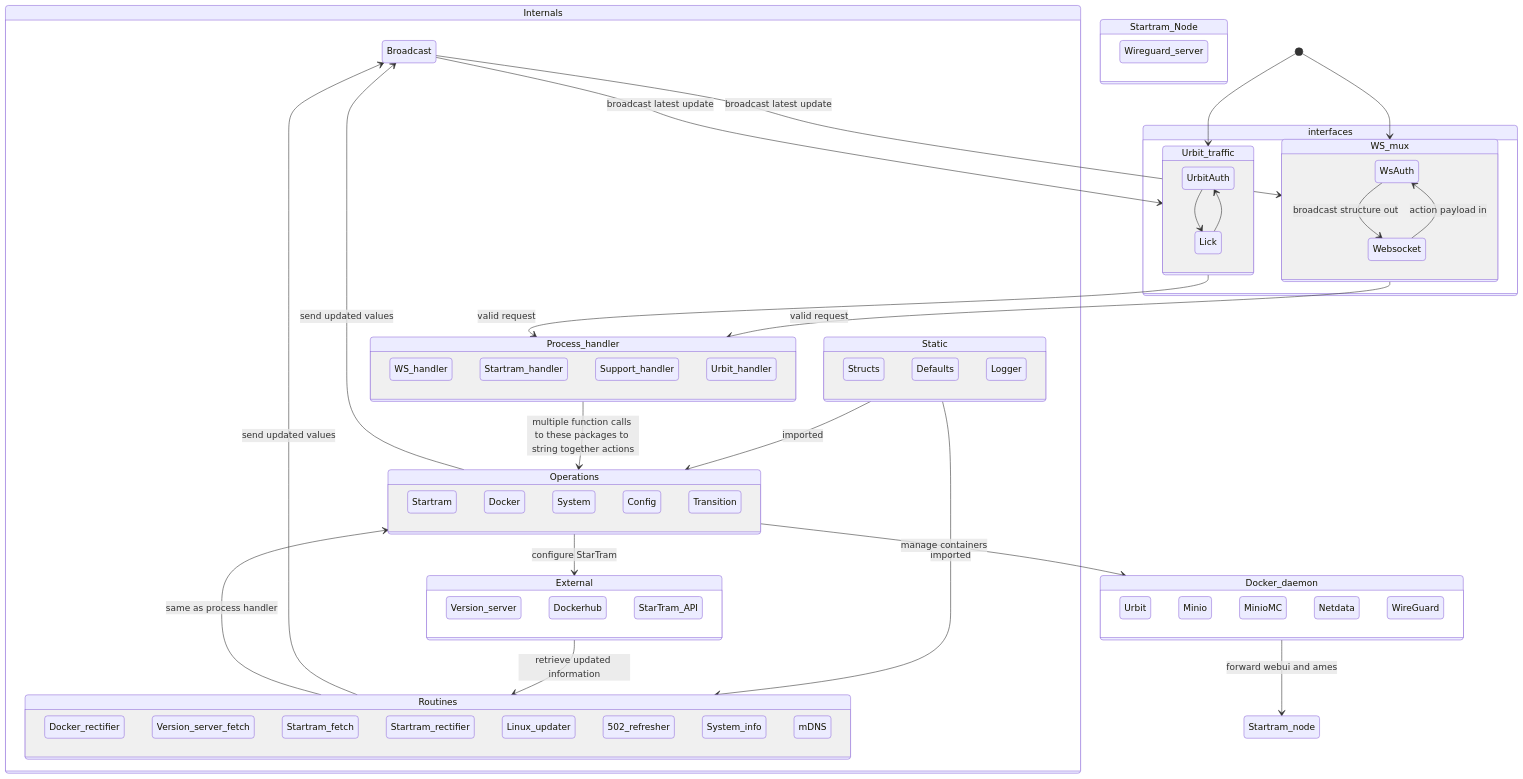
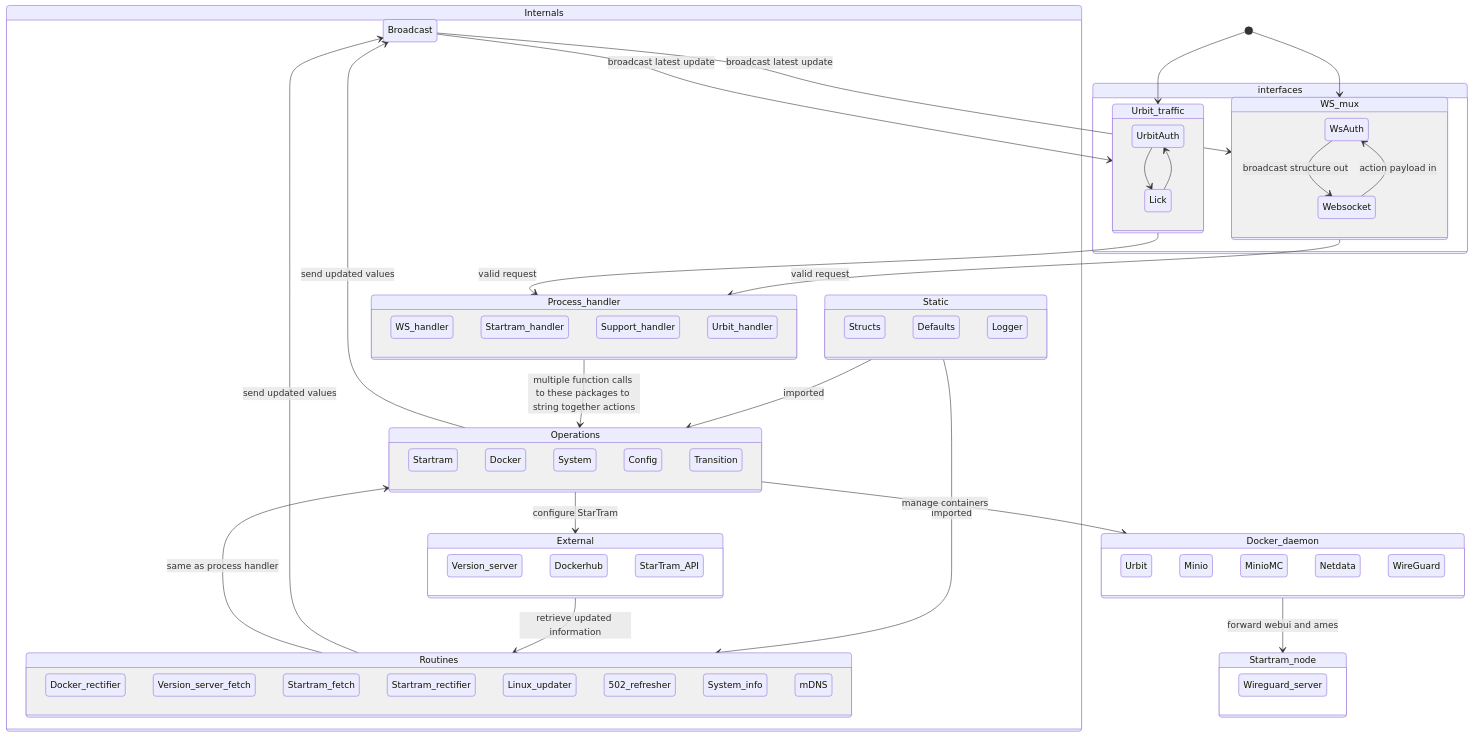
Before and after one commit to Native-Planet/GroundSeg: the diagram in goseg/readme.md, drawn with Mermaid.

````diff
--- a/goseg/readme.md
+++ b/goseg/readme.md
@@ -3,78 +3,78 @@
 ```mermaid
 stateDiagram-v2
     direction TB
     accTitle: Goseg package diagram
     accDescr: Interactions between packages in Groundseg Go rewrite
     classDef bcase fill:#f00,color:white,font-weight:bold,stroke-width:2px,stroke:yellow
     Broadcast-->WS_mux: broadcast latest update
     Broadcast-->Urbit_traffic: broadcast latest update
     Static-->Operations: imported
     Static-->Routines: imported
     state External {
         Version_server
         Dockerhub
         StarTram_API
     }
-    state Startram_Node {
+    state Startram_node {
         Wireguard_server
     }
     state Internals {
         state Static {
             Structs
             Defaults
             Logger
         }
         state Routines {
             Docker_rectifier
             Version_server_fetch
             Startram_fetch
             Startram_rectifier
             Linux_updater
             502_refresher
             System_info
             mDNS
         }
         state Operations {
             Startram
             Docker
             System
             Config
             Transition
         }
         state Process_handler {
             WS_handler
             Startram_handler
             Support_handler
             Urbit_handler
         }
         Process_handler-->Operations: multiple function calls to these packages to string together actions
         Operations-->Broadcast: send updated values
         Routines-->Broadcast: send updated values
         External-->Routines: retrieve updated information
         Operations-->External: configure StarTram
     }
     [*]-->WS_mux
     [*]-->Urbit_traffic
     WS_mux-->Process_handler: valid request
     Urbit_traffic-->Process_handler: valid request
     Routines-->Operations: same as process handler
     state interfaces {
         state Urbit_traffic {
             UrbitAuth-->Lick
             Lick-->UrbitAuth
         }
         state WS_mux {
             WsAuth-->Websocket: broadcast structure out
             Websocket-->WsAuth: action payload in
         }
     }
     state Docker_daemon {
         Urbit
         Minio
         MinioMC
         Netdata
         WireGuard
     }
     Operations-->Docker_daemon: manage containers
     Docker_daemon-->Startram_node: forward webui and ames
 ```
````
